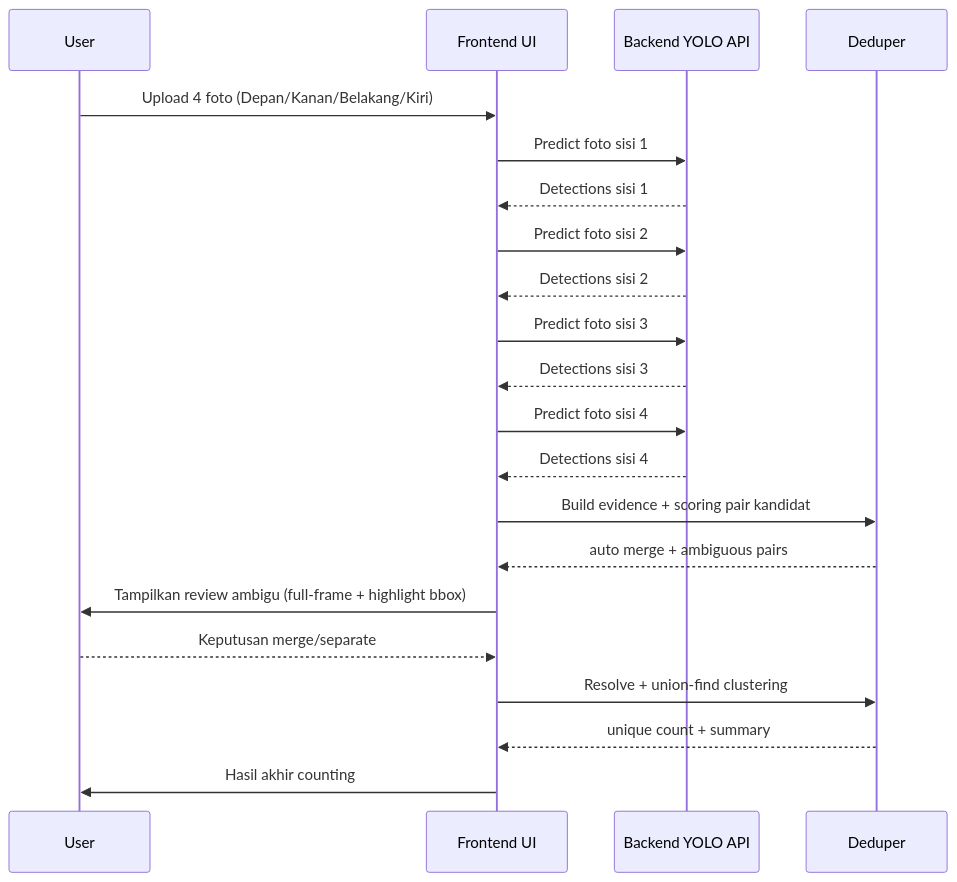
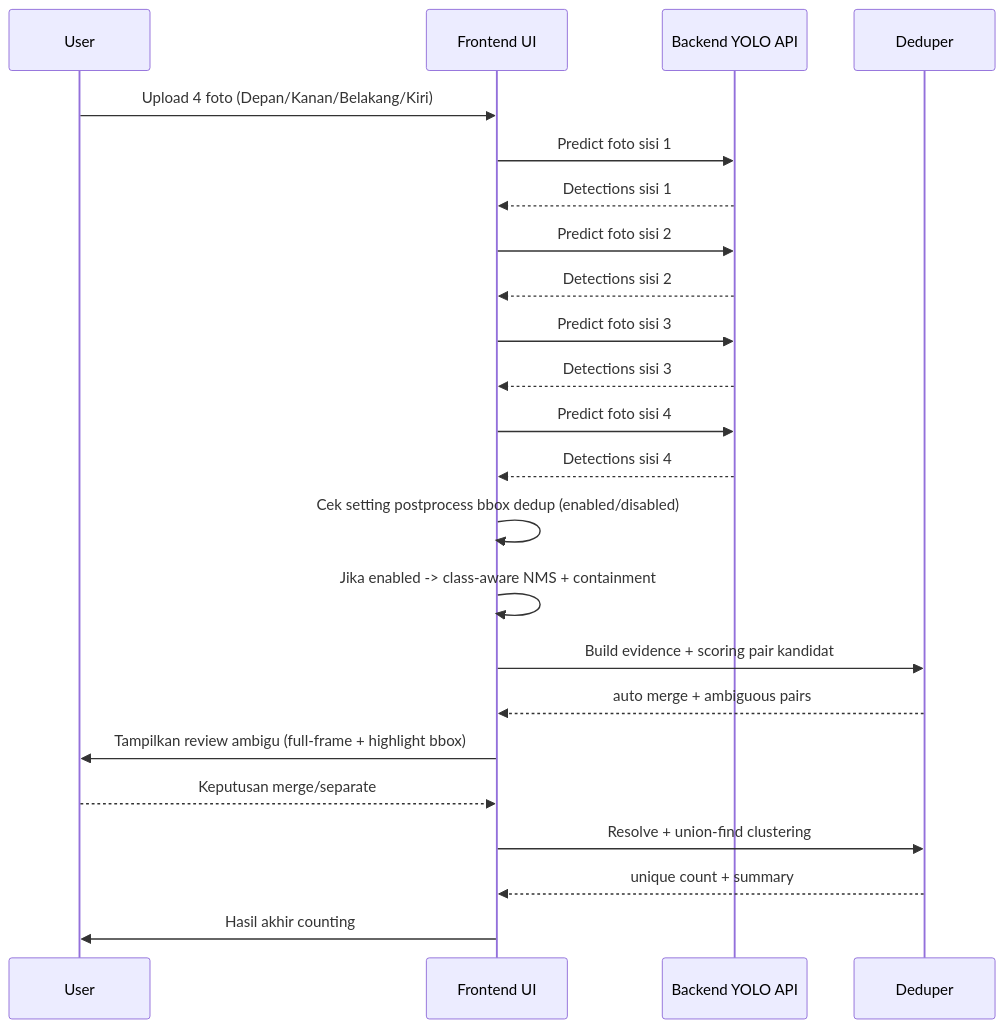
Before and after one commit to muhammad-zainal-muttaqin/tools_sawit: the diagram in docs/architecture.md, drawn with Mermaid. The commit also changed other lines of this file and 7 other files, not shown here.

````diff
--- a/docs/architecture.md
+++ b/docs/architecture.md
@@ -40,24 +41,26 @@
 ```mermaid
 sequenceDiagram
   participant U as User
   participant UI as Frontend UI
   participant API as Backend YOLO API
   participant D as Deduper
 
   U->>UI: Upload 4 foto (Depan/Kanan/Belakang/Kiri)
   UI->>API: Predict foto sisi 1
   API-->>UI: Detections sisi 1
   UI->>API: Predict foto sisi 2
   API-->>UI: Detections sisi 2
   UI->>API: Predict foto sisi 3
   API-->>UI: Detections sisi 3
   UI->>API: Predict foto sisi 4
   API-->>UI: Detections sisi 4
+  UI->>UI: Cek setting postprocess bbox dedup (enabled/disabled)
+  UI->>UI: Jika enabled -> class-aware NMS + containment
   UI->>D: Build evidence + scoring pair kandidat
   D-->>UI: auto merge + ambiguous pairs
   UI->>U: Tampilkan review ambigu (full-frame + highlight bbox)
   U-->>UI: Keputusan merge/separate
   UI->>D: Resolve + union-find clustering
   D-->>UI: unique count + summary
   UI->>U: Hasil akhir counting
 ```
````
